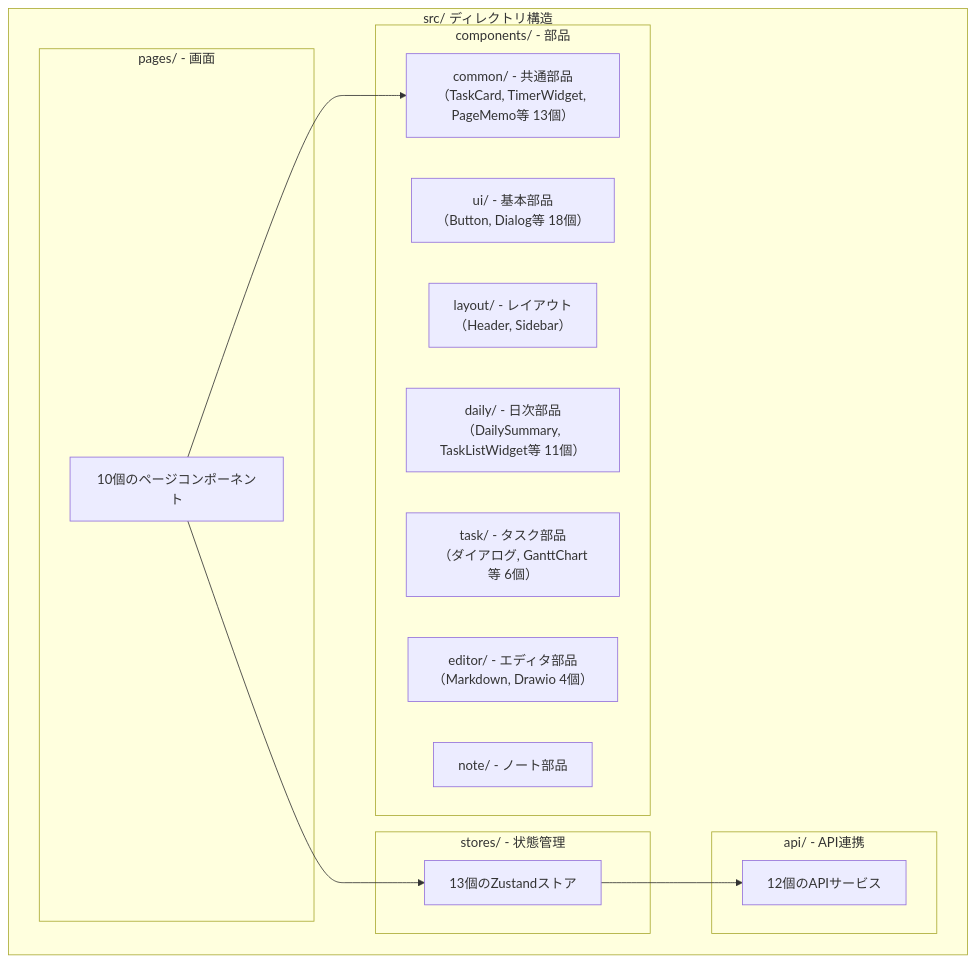
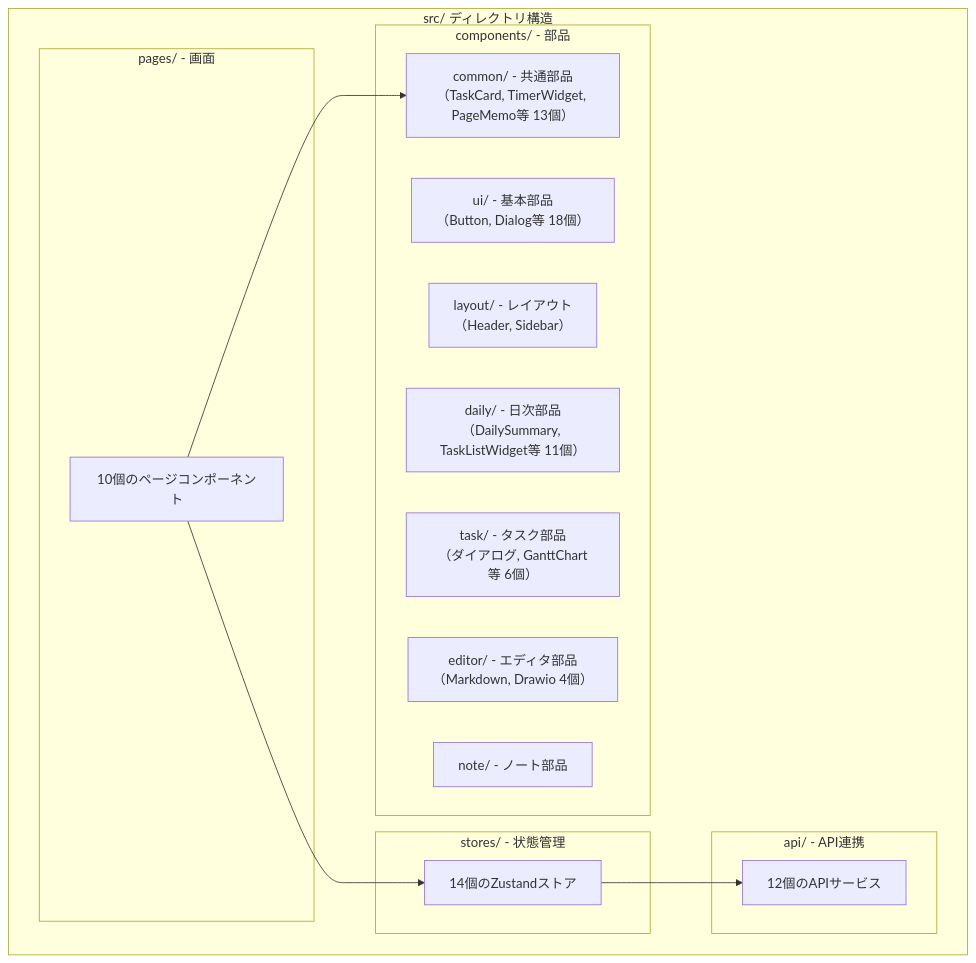
One commit to yu-min3/kensan changed the third of 18 diagrams in mydocs/architecture_guide_for_beginners.md. Above: the diagram before and after it, drawn with Mermaid. The commit also changed other lines of this file and 116 other files, not shown here.

````diff
--- a/mydocs/architecture_guide_for_beginners.md
+++ b/mydocs/architecture_guide_for_beginners.md
@@ -166,30 +160,30 @@
 ```mermaid
 graph TB
     subgraph "src/ ディレクトリ構造"
         subgraph "pages/ - 画面"
             P["10個のページコンポーネント"]
         end
 
         subgraph "components/ - 部品"
             UI["ui/ - 基本部品<br/>（Button, Dialog等 18個）"]
             Layout["layout/ - レイアウト<br/>（Header, Sidebar）"]
             Common["common/ - 共通部品<br/>（TaskCard, TimerWidget, PageMemo等 13個）"]
             Daily["daily/ - 日次部品<br/>（DailySummary, TaskListWidget等 11個）"]
             Task["task/ - タスク部品<br/>（ダイアログ, GanttChart等 6個）"]
             Editor["editor/ - エディタ部品<br/>（Markdown, Drawio 4個）"]
             Note["note/ - ノート部品"]
         end
 
         subgraph "stores/ - 状態管理"
-            ST["13個のZustandストア"]
+            ST["14個のZustandストア"]
         end
 
         subgraph "api/ - API連携"
             API["12個のAPIサービス"]
         end
     end
 
     P --> Common
     P --> ST
     ST --> API
 ```
````
